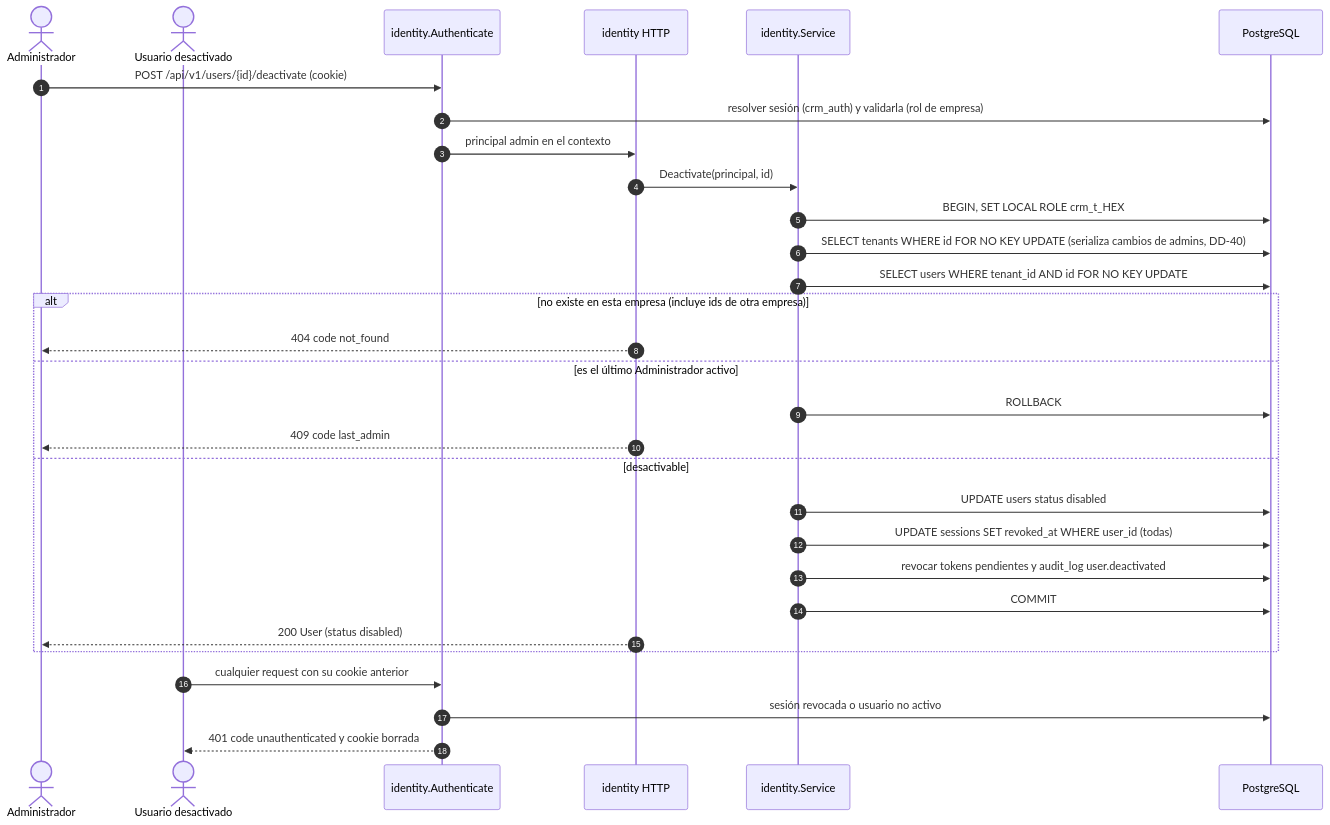
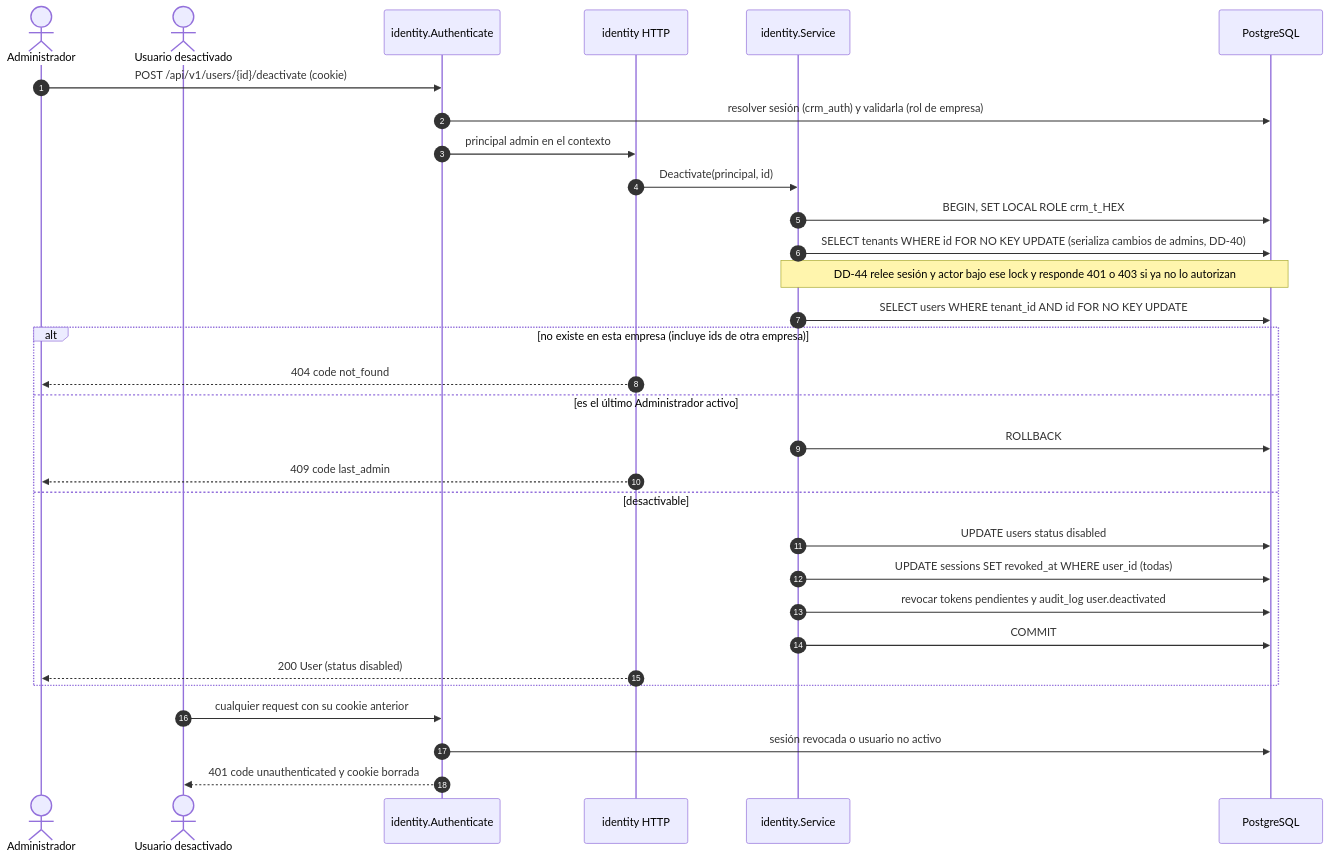
One commit to fdelillo/crm changed the seventh of 12 diagrams in specs/001-empresas-usuarios/plan.md. Above: the diagram before and after it, drawn with Mermaid. The commit also changed other lines of this file and 9 other files, not shown here.

````diff
--- a/specs/001-empresas-usuarios/plan.md
+++ b/specs/001-empresas-usuarios/plan.md
@@ -561,34 +575,35 @@
 ```mermaid
 sequenceDiagram
     autonumber
     actor A as Administrador
     actor X as Usuario desactivado
     participant M as identity.Authenticate
     participant H as identity HTTP
     participant S as identity.Service
     participant DB as PostgreSQL
 
     A->>M: POST /api/v1/users/{id}/deactivate (cookie)
     M->>DB: resolver sesión (crm_auth) y validarla (rol de empresa)
     M->>H: principal admin en el contexto
     H->>S: Deactivate(principal, id)
     S->>DB: BEGIN, SET LOCAL ROLE crm_t_HEX
     S->>DB: SELECT tenants WHERE id FOR NO KEY UPDATE (serializa cambios de admins, DD-40)
+    Note over S,DB: DD-44 relee sesión y actor bajo ese lock y responde 401 o 403 si ya no lo autorizan
     S->>DB: SELECT users WHERE tenant_id AND id FOR NO KEY UPDATE
     alt no existe en esta empresa (incluye ids de otra empresa)
         H-->>A: 404 code not_found
     else es el último Administrador activo
         S->>DB: ROLLBACK
         H-->>A: 409 code last_admin
     else desactivable
         S->>DB: UPDATE users status disabled
         S->>DB: UPDATE sessions SET revoked_at WHERE user_id (todas)
         S->>DB: revocar tokens pendientes y audit_log user.deactivated
         S->>DB: COMMIT
         H-->>A: 200 User (status disabled)
     end
 
     X->>M: cualquier request con su cookie anterior
     M->>DB: sesión revocada o usuario no activo
     M-->>X: 401 code unauthenticated y cookie borrada
 ```
````
